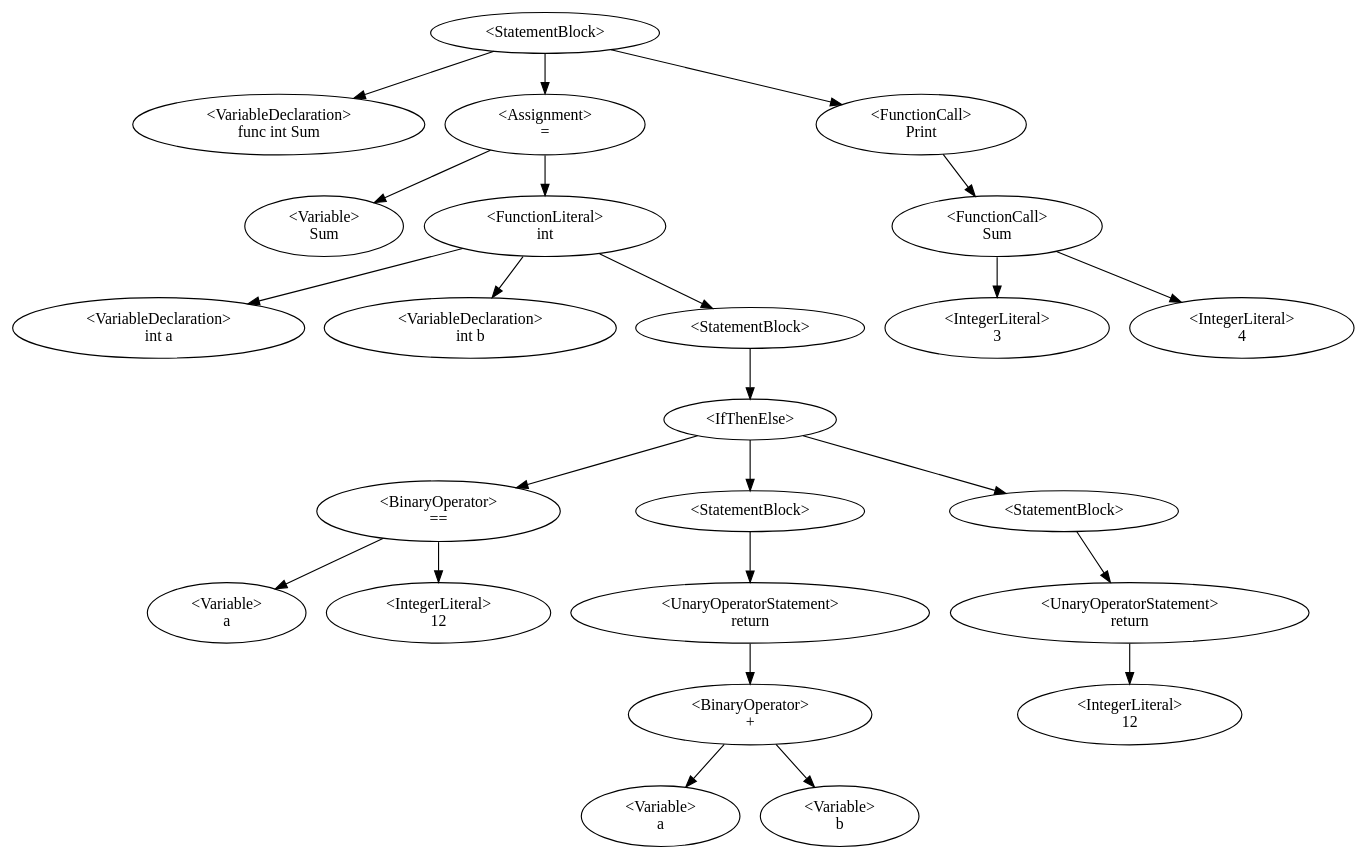
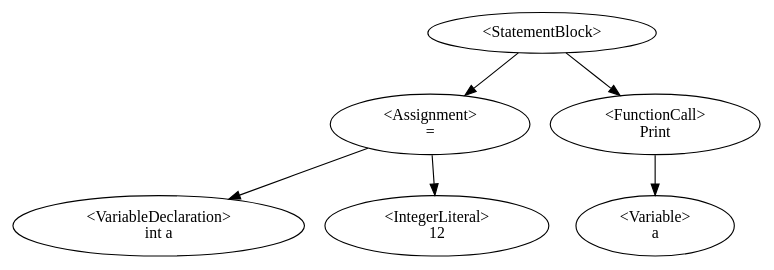
Before and after one commit to QazmoQwerty/dino: the diagram in Dino/Dino/AstDisplay.gv, drawn with Graphviz. The commit also changed 2 other files, not shown here.

Commit message:
added support for interpreting of variable declarations + assignments in the same line

```diff
--- a/Dino/Dino/AstDisplay.gv
+++ b/Dino/Dino/AstDisplay.gv
@@ -1,27 +1,8 @@
 digraph G {
-0 [label="<StatementBlock>"];0->1;0->3;0->22;
-1 [label="<VariableDeclaration>\nfunc int Sum"];
-3 [label="<Assignment>\n="];3->2;3->7;
-2 [label="<Variable>\nSum"];
-7 [label="<FunctionLiteral>
-int"];7->4;7->6;7->8;
-4 [label="<VariableDeclaration>\nint a"];
-6 [label="<VariableDeclaration>\nint b"];
-8 [label="<StatementBlock>"];8->9;
-9 [label="<IfThenElse>"];9->11;9->13;9->18;
-11 [label="<BinaryOperator>\n=="];11->10;11->12;
-10 [label="<Variable>\na"];
-12 [label="<IntegerLiteral>\n12"];
-13 [label="<StatementBlock>"];13->14;
-14 [label="<UnaryOperatorStatement>\nreturn"];14->16;
-16 [label="<BinaryOperator>\n+"];16->15;16->17;
-15 [label="<Variable>\na"];
-17 [label="<Variable>\nb"];
-18 [label="<StatementBlock>"];18->19;
-19 [label="<UnaryOperatorStatement>\nreturn"];19->20;
-20 [label="<IntegerLiteral>\n12"];
-22 [label="<FunctionCall>\nPrint"];22->24;
-24 [label="<FunctionCall>\nSum"];24->25;24->26;
-25 [label="<IntegerLiteral>\n3"];
-26 [label="<IntegerLiteral>\n4"];
+0 [label="<StatementBlock>"];0->2;0->5;
+2 [label="<Assignment>\n="];2->1;2->3;
+1 [label="<VariableDeclaration>\nint a"];
+3 [label="<IntegerLiteral>\n12"];
+5 [label="<FunctionCall>\nPrint"];5->6;
+6 [label="<Variable>\na"];
 }
```
